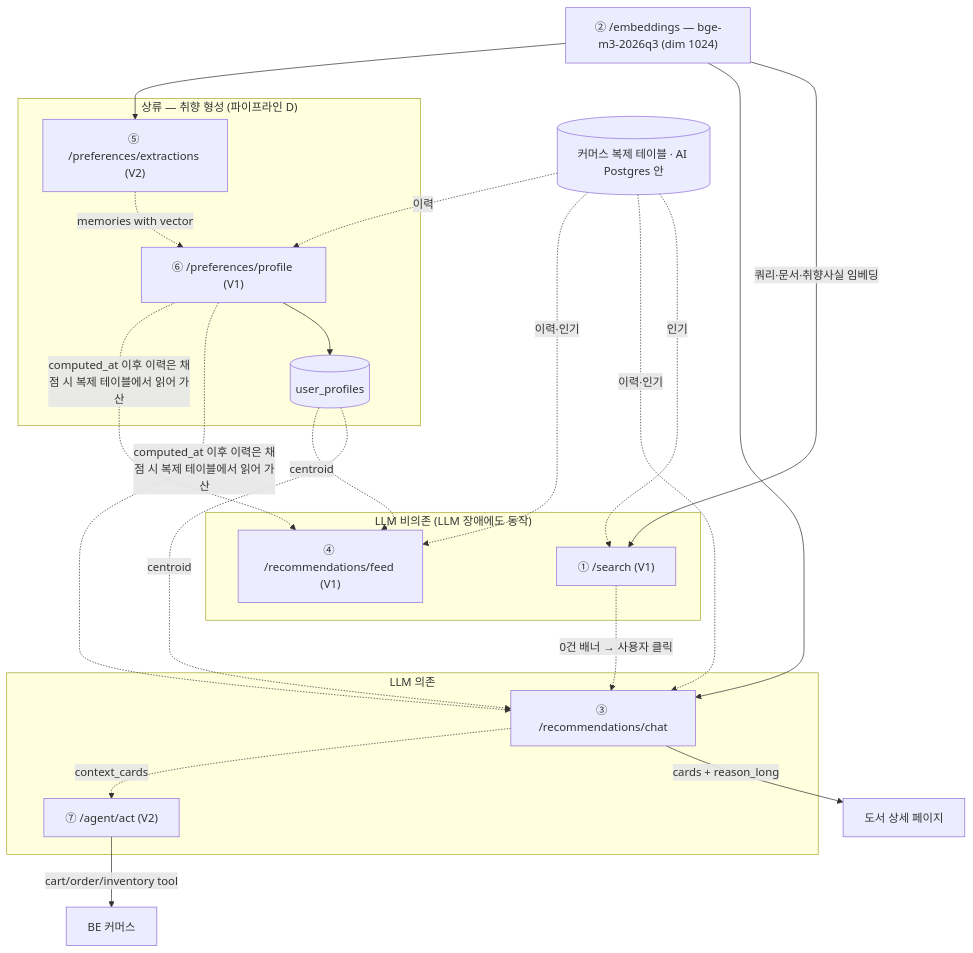
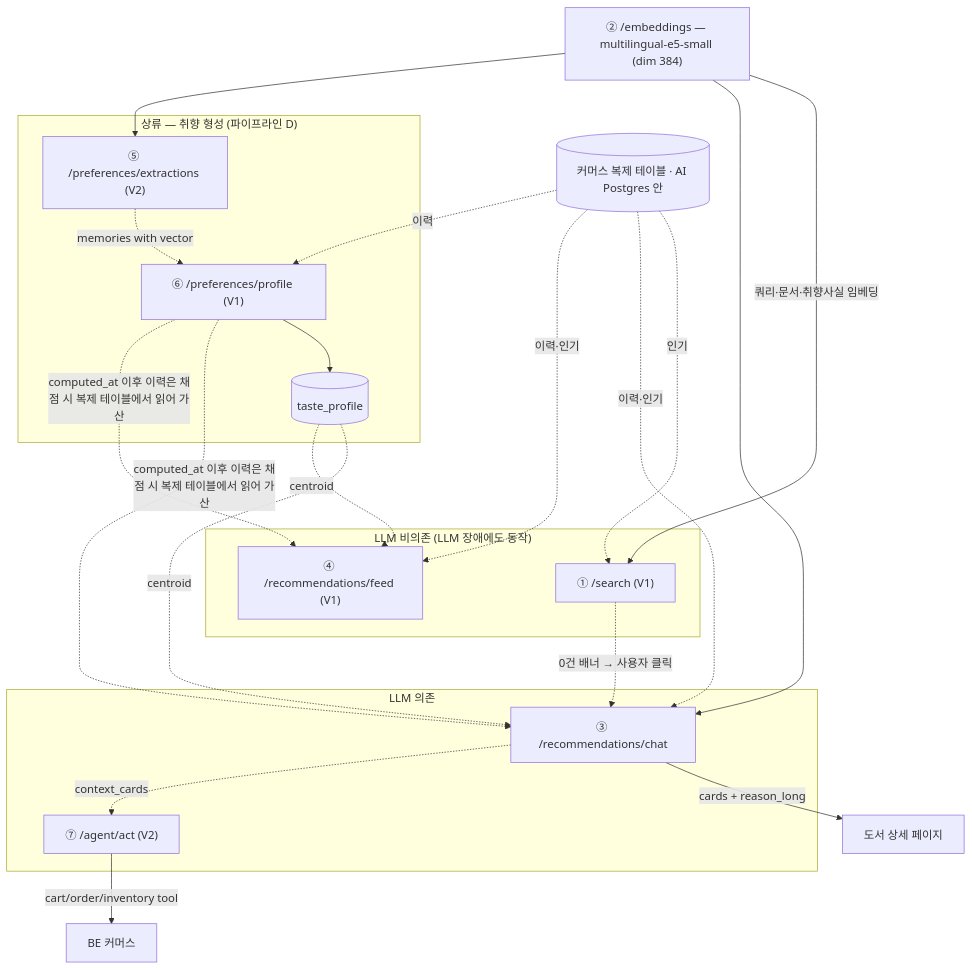
One commit to 100-hours-a-week/KTB4-13th-AI changed the first of 7 diagrams in docs/wiki/ai/4-multistep-pipeline/design.md. Above: the diagram before and after it, drawn with Mermaid. The commit also changed other lines of this file and 9 other files, not shown here.

````diff
--- a/docs/wiki/ai/4-multistep-pipeline/design.md
+++ b/docs/wiki/ai/4-multistep-pipeline/design.md
@@ -19,38 +19,38 @@
 ```mermaid
 flowchart TB
-    EMB["② /embeddings — bge-m3-2026q3 (dim 1024)"]
+    EMB["② /embeddings — multilingual-e5-small (dim 384)"]
     V[("커머스 복제 테이블 · AI Postgres 안")]
 
     subgraph UP["상류 — 취향 형성 (파이프라인 D)"]
         P5["⑤ /preferences/extractions (V2)"]
         P6["⑥ /preferences/profile (V1)"]
         P5 -.->|memories with vector| P6
-        P6 --> PROF[("user_profiles")]
+        P6 --> PROF[("taste_profile")]
     end
 
     subgraph LLMFREE["LLM 비의존 (LLM 장애에도 동작)"]
         P1["① /search (V1)"]
         P4["④ /recommendations/feed (V1)"]
     end
 
     subgraph LLMDEP["LLM 의존"]
         P3["③ /recommendations/chat"]
         P7["⑦ /agent/act (V2)"]
     end
 
     EMB -->|"쿼리·문서·취향사실 임베딩"| P1
     EMB --> P3
     EMB --> P5
     V -.->|인기| P1
     V -.->|이력·인기| P3
     V -.->|이력·인기| P4
     V -.->|이력| P6
     PROF -.->|centroid| P3
     PROF -.->|centroid| P4
     P6 -.->|"computed_at 이후 이력은 채점 시 복제 테이블에서 읽어 가산"| P3
     P6 -.->|"computed_at 이후 이력은 채점 시 복제 테이블에서 읽어 가산"| P4
     P1 -.->|"0건 배너 → 사용자 클릭"| P3
     P3 -->|"cards + reason_long"| DET["도서 상세 페이지"]
     P3 -.->|context_cards| P7
     P7 -->|"cart/order/inventory tool"| BE["BE 커머스"]
 ```
````
